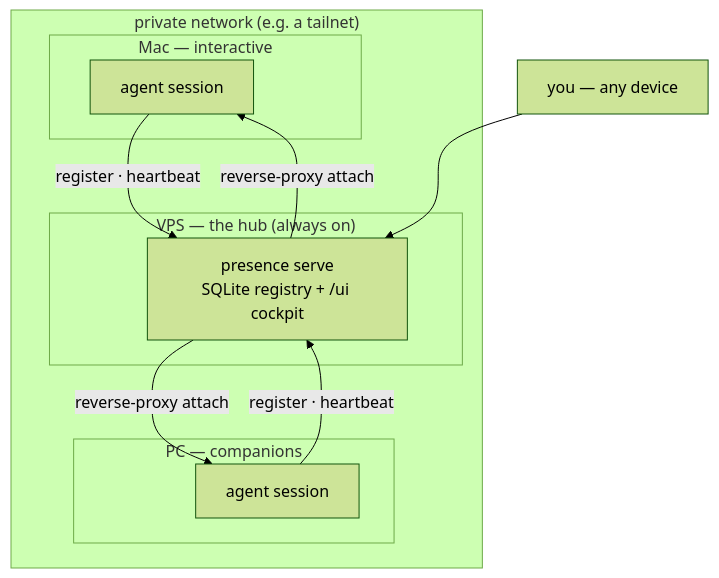
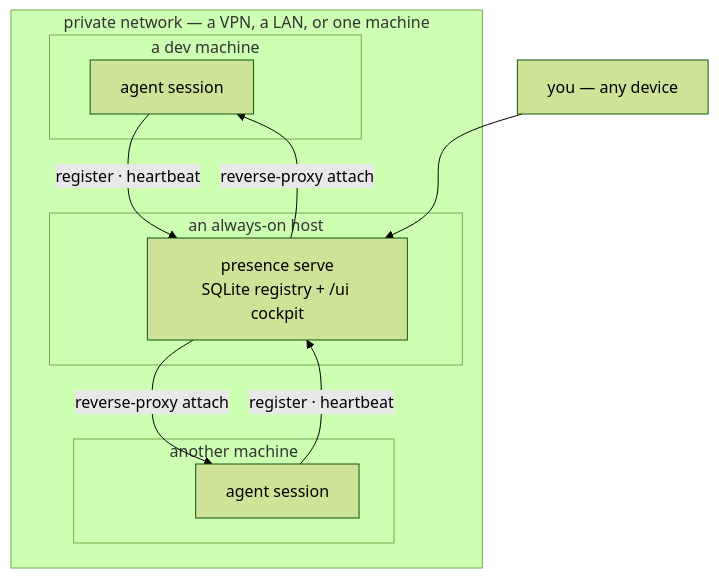
The first of 2 diagrams in docs/architecture.md (jjuanrivvera/presence), drawn with Mermaid (forest theme) before and after one commit. The commit also changed other lines of this file and 3 other files, not shown here.

First line of the commit message:
docs: genericize — remove specific machine/architecture references

````diff
--- a/docs/architecture.md
+++ b/docs/architecture.md
@@ -8,19 +8,19 @@
 ```mermaid
 flowchart TB
-  subgraph net["private network (e.g. a tailnet)"]
-    subgraph mac["Mac — interactive"]
+  subgraph net["private network — a VPN, a LAN, or one machine"]
+    subgraph m1["a dev machine"]
       A1["agent session"]
     end
-    subgraph pc["PC — companions"]
+    subgraph m2["another machine"]
       A2["agent session"]
     end
-    subgraph vps["VPS — the hub (always on)"]
+    subgraph host["an always-on host"]
       SRV["presence serve<br/>SQLite registry + /ui cockpit"]
     end
   end
   A1 -->|register · heartbeat| SRV
   A2 -->|register · heartbeat| SRV
   SRV -->|reverse-proxy attach| A1
   SRV -->|reverse-proxy attach| A2
   You["you — any device"] --> SRV
 ```
````
